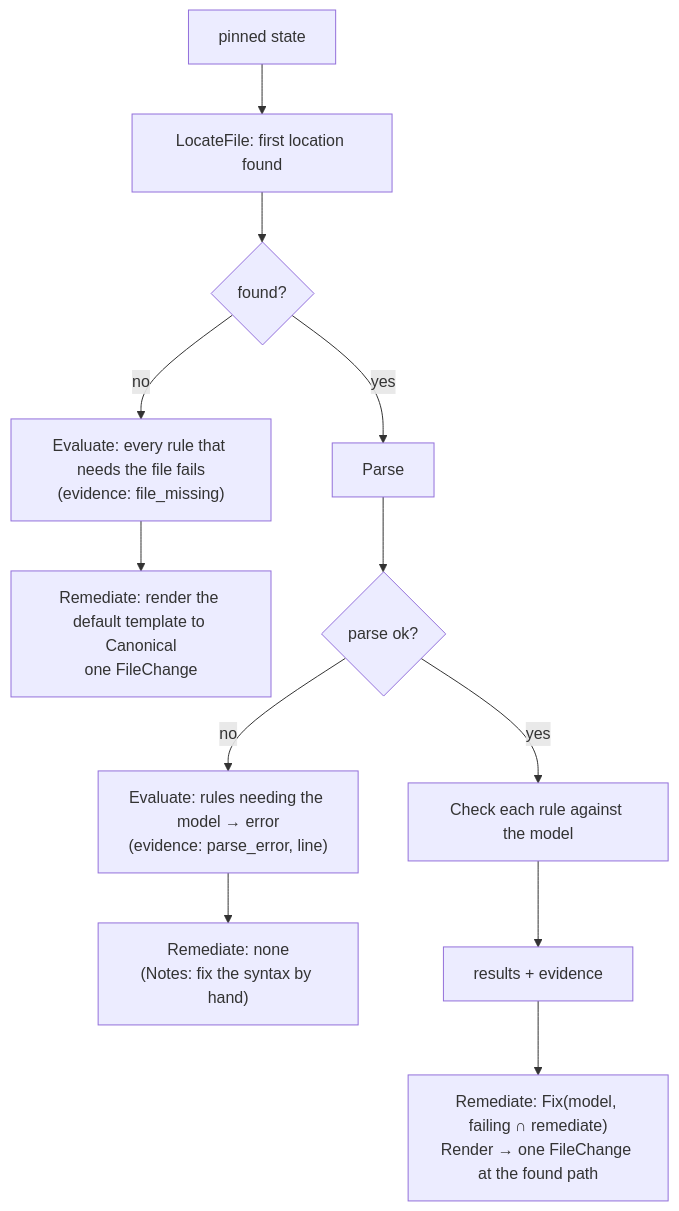
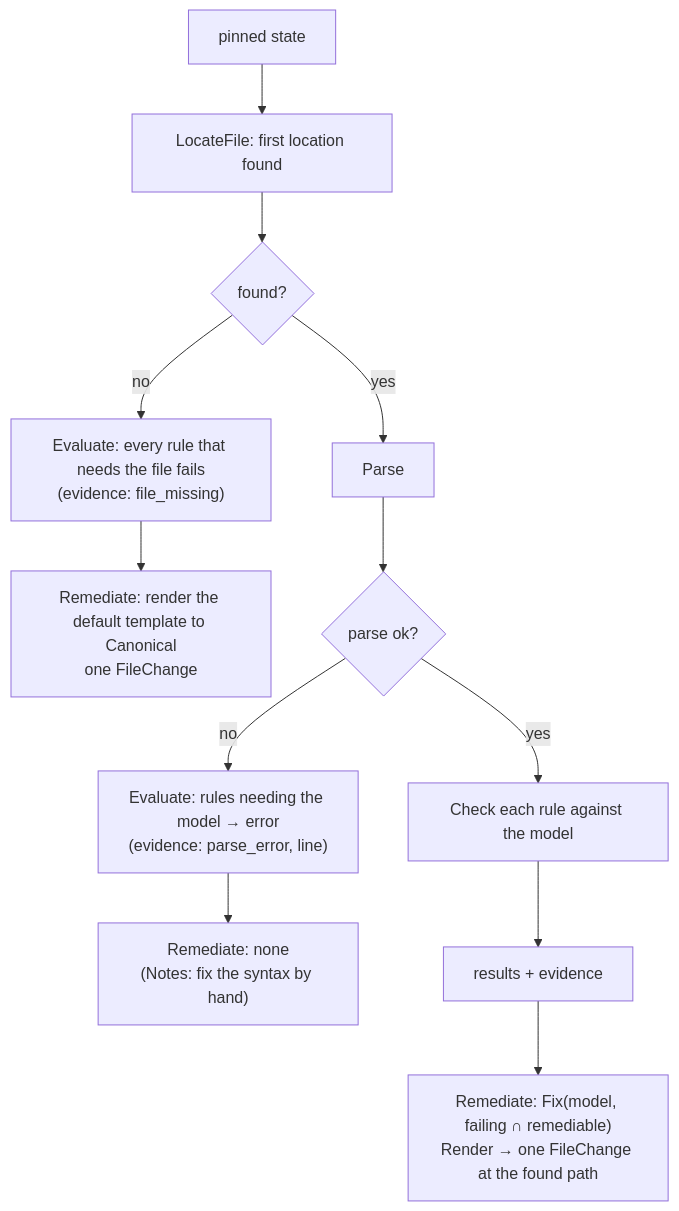
One commit to donaldgifford/repo-guardian changed the diagram in docs/design/0031-control-framework-controls-control-rules-and-file-controls.md. Above: the diagram before and after it, drawn with Mermaid. The commit also changed other lines of this file and 3 other files, not shown here.

````diff
--- a/docs/design/0031-control-framework-controls-control-rules-and-file-controls.md
+++ b/docs/design/0031-control-framework-controls-control-rules-and-file-controls.md
@@ -204,16 +342,16 @@
 ```mermaid
 flowchart TD
-    S[pinned state] --> L[LocateFile: first location found]
+    S[pinned state] --> L["LocateFile: first location found"]
     L --> F{found?}
 
     F -- no --> EA["Evaluate: every rule that needs the file fails<br/>(evidence: file_missing)"]
     EA --> RA["Remediate: render the default template to Canonical<br/>one FileChange"]
 
     F -- yes --> P[Parse]
     P --> PE{parse ok?}
     PE -- no --> EP["Evaluate: rules needing the model → error<br/>(evidence: parse_error, line)"]
     EP --> RP["Remediate: none<br/>(Notes: fix the syntax by hand)"]
     PE -- yes --> C[Check each rule against the model]
     C --> EC[results + evidence]
-    EC --> RC["Remediate: Fix(model, failing ∩ remediate)<br/>Render → one FileChange at the found path"]
+    EC --> RC["Remediate: Fix(model, failing ∩ remediable)<br/>Render → one FileChange at the found path"]
 ```
````
